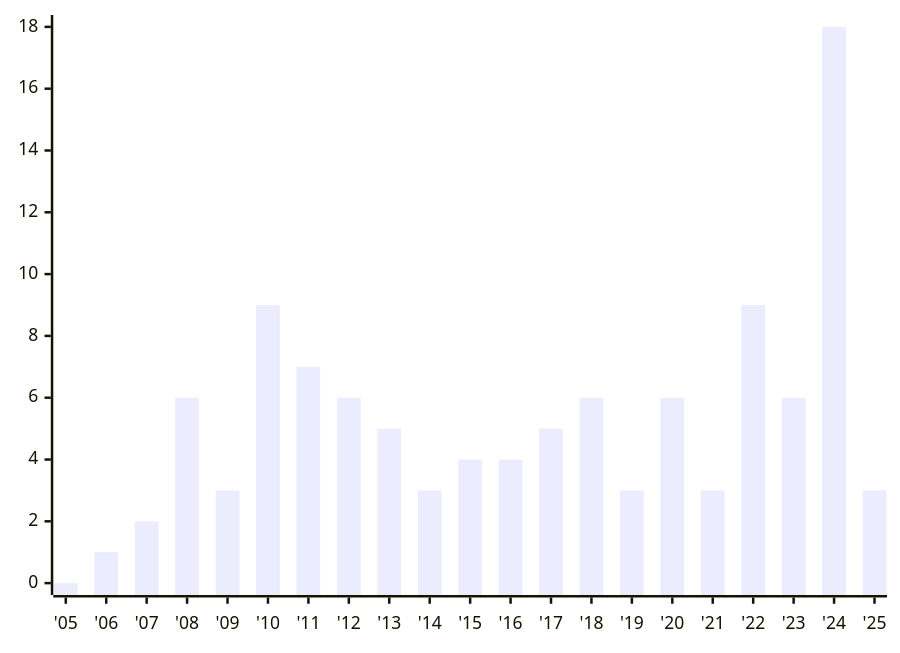
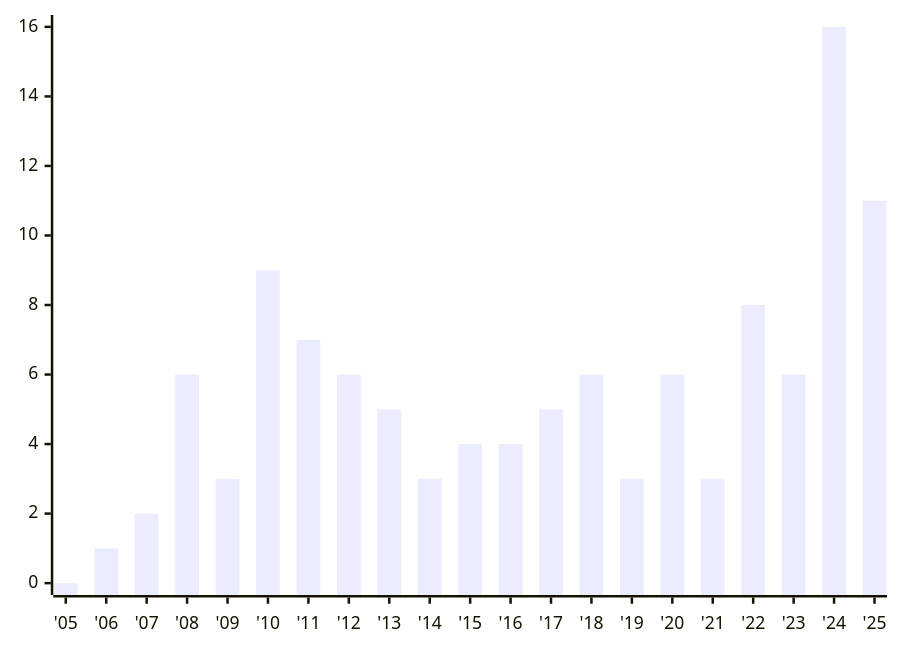
Before and after one commit to austrellum/navigator: the second of 4 diagrams in index.stats.md, drawn with Mermaid. The commit also changed other lines of this file and 7 other files, not shown here.

````diff
--- a/index.stats.md
+++ b/index.stats.md
@@ -18,6 +18,6 @@
 ```mermaid
 xychart-beta
   x-axis ["'05","'06","'07","'08","'09","'10","'11","'12","'13","'14","'15","'16","'17","'18","'19","'20","'21","'22","'23","'24","'25"]
-  y-axis 0 --> 18
-  bar [0,1,2,6,3,9,7,6,5,3,4,4,5,6,3,6,3,9,6,18,3]
+  y-axis 0 --> 16
+  bar [0,1,2,6,3,9,7,6,5,3,4,4,5,6,3,6,3,8,6,16,11]
 ```
````
